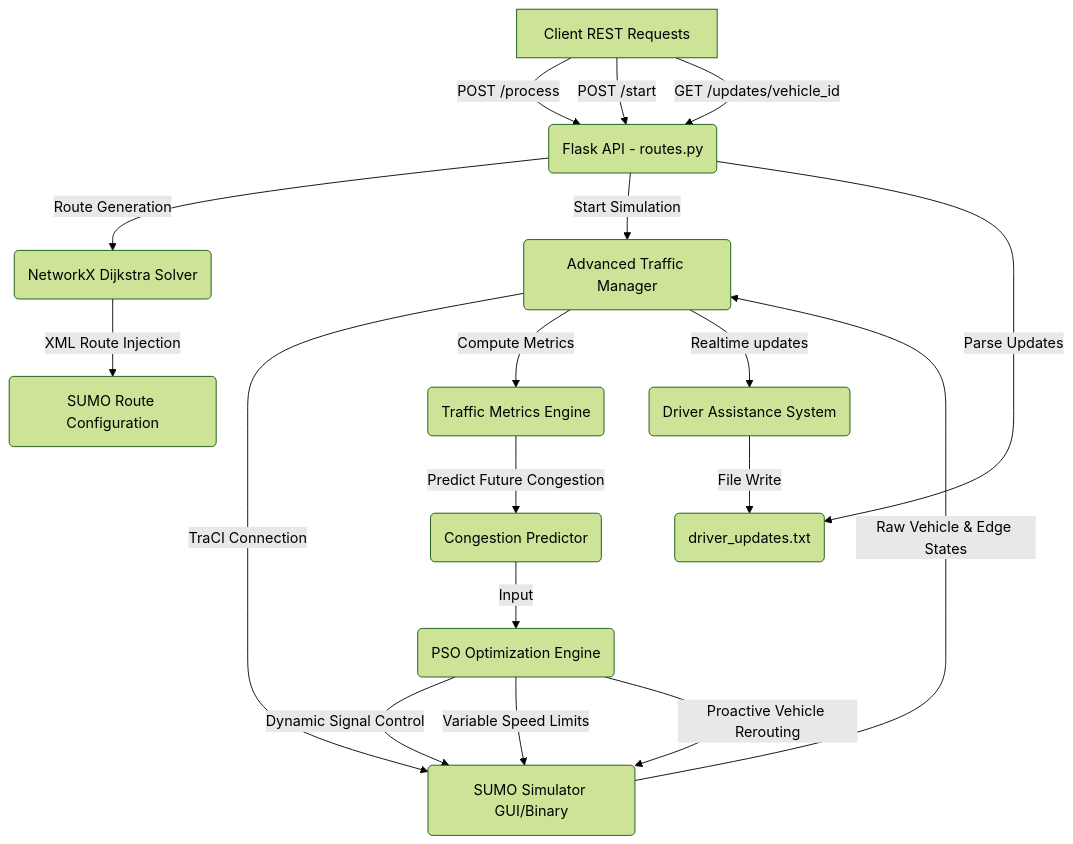
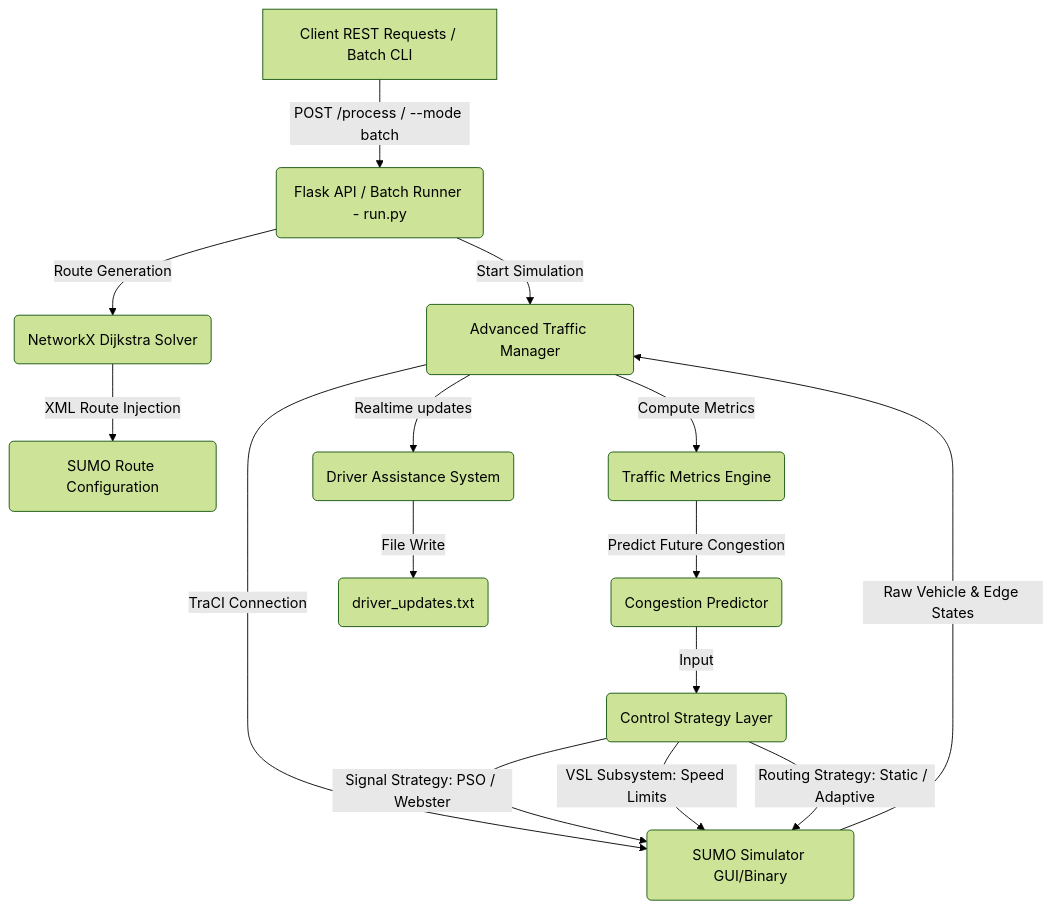
The diagram in README.md (ghanashyam03/NexRoute), drawn with Mermaid (forest theme) before and after one commit. The commit also changed other lines of this file and 2 other files, not shown here.

````diff
--- a/README.md
+++ b/README.md
@@ -22,20 +77,17 @@
 ```mermaid
 graph TD
-    A[Client REST Requests] -->|POST /process| B(Flask API - routes.py)
-    A -->|POST /start| B
+    A[Client REST Requests / Batch CLI] -->|POST /process / --mode batch| B(Flask API / Batch Runner - run.py)
     B -->|Route Generation| C(NetworkX Dijkstra Solver)
     C -->|XML Route Injection| D(SUMO Route Configuration)
     B -->|Start Simulation| E(Advanced Traffic Manager)
     E -->|TraCI Connection| F(SUMO Simulator GUI/Binary)
     F -->|Raw Vehicle & Edge States| E
     E -->|Compute Metrics| G(Traffic Metrics Engine)
     G -->|Predict Future Congestion| H(Congestion Predictor)
-    H -->|Input| I(PSO Optimization Engine)
-    I -->|Dynamic Signal Control| F
-    I -->|Variable Speed Limits| F
-    I -->|Proactive Vehicle Rerouting| F
+    H -->|Input| I(Control Strategy Layer)
+    I -->|Signal Strategy: PSO / Webster| F
+    I -->|VSL Subsystem: Speed Limits| F
+    I -->|Routing Strategy: Static / Adaptive| F
     E -->|Realtime updates| J(Driver Assistance System)
     J -->|File Write| K(driver_updates.txt)
-    A -->|GET /updates/vehicle_id| B
-    B -->|Parse Updates| K
 ```
````
